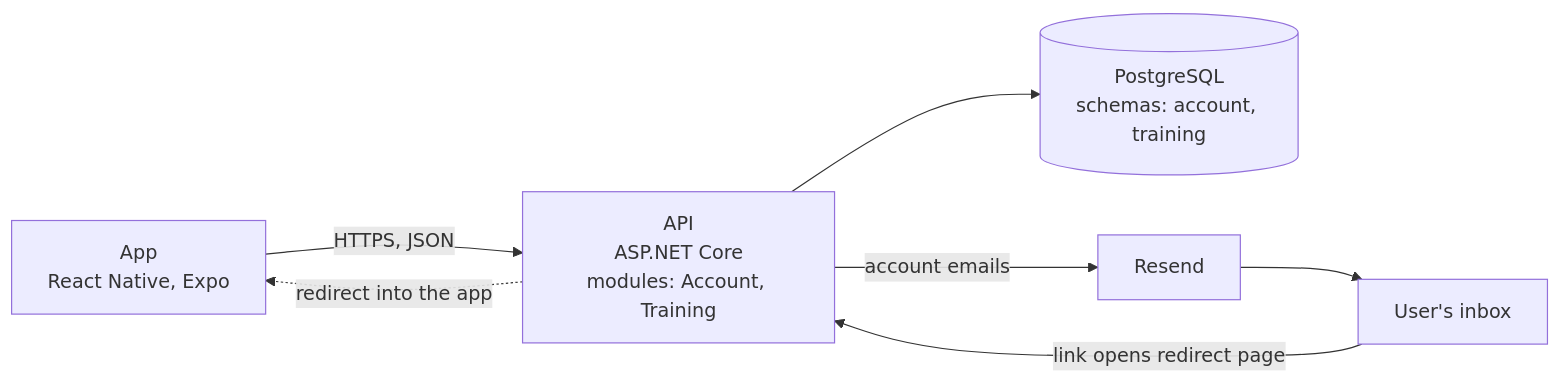
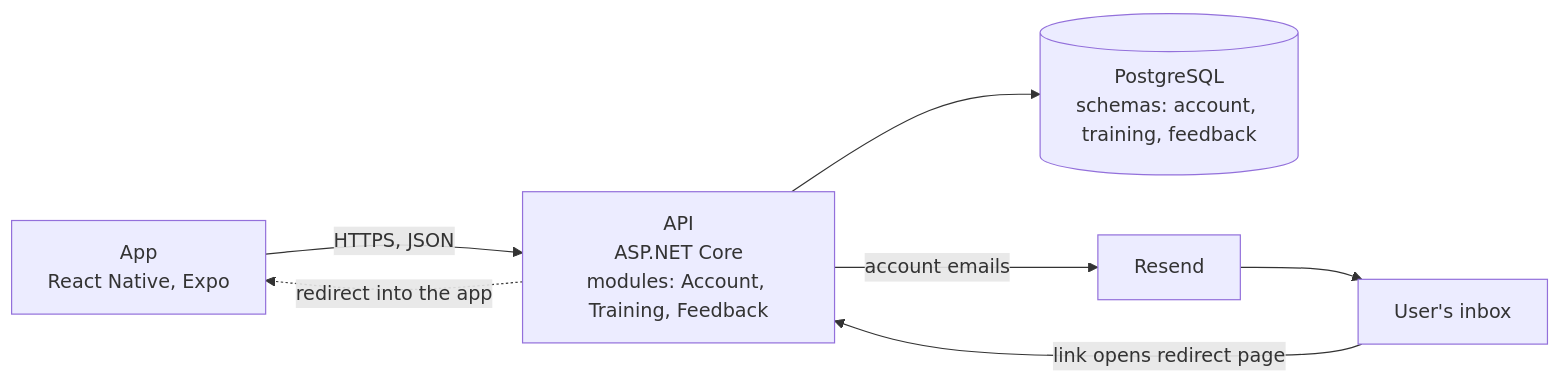
Before and after one commit to minimalist-hr/herculean: the diagram in docs/wiki/architecture/system.md, drawn with Mermaid. The commit also changed other lines of this file and 136 other files, not shown here.

````diff
--- a/docs/wiki/architecture/system.md
+++ b/docs/wiki/architecture/system.md
@@ -7,15 +7,15 @@
 ```mermaid
 flowchart LR
     app["App<br/>React Native, Expo"]
-    api["API<br/>ASP.NET Core<br/>modules: Account, Training"]
-    db[("PostgreSQL<br/>schemas: account, training")]
+    api["API<br/>ASP.NET Core<br/>modules: Account, Training, Feedback"]
+    db[("PostgreSQL<br/>schemas: account, training, feedback")]
     email["Resend"]
     inbox["User's inbox"]
 
     app -- "HTTPS, JSON" --> api
     api --> db
     api -- "account emails" --> email
     email --> inbox
     inbox -- "link opens redirect page" --> api
     api -. "redirect into the app" .-> app
 ```
````
